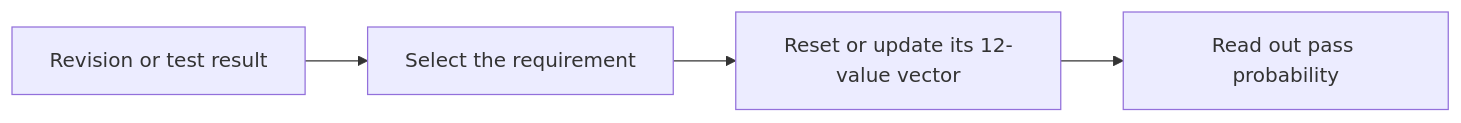
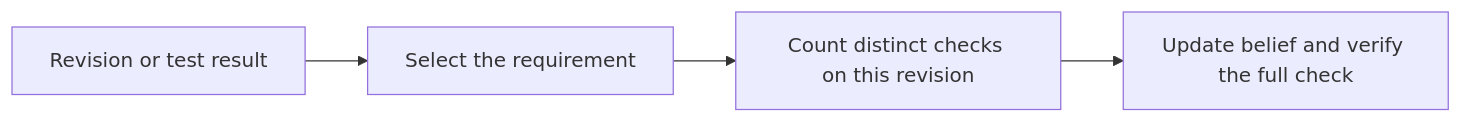
The diagram in README.md (RABNEER/Plum), drawn with Mermaid before and after one commit. The commit also changed other lines of this file and 10 other files, not shown here.

Commit message:
Track evidence identity and require a verified full check

````diff
--- a/README.md
+++ b/README.md
@@ -35,6 +36,6 @@
 ```mermaid
 flowchart LR
     E["Revision or test result"] --> R["Select the requirement"]
-    R --> S["Reset or update its 12-value vector"]
-    S --> P["Read out pass probability"]
+    R --> S["Count distinct checks on this revision"]
+    S --> P["Update belief and verify the full check"]
 ```
````
